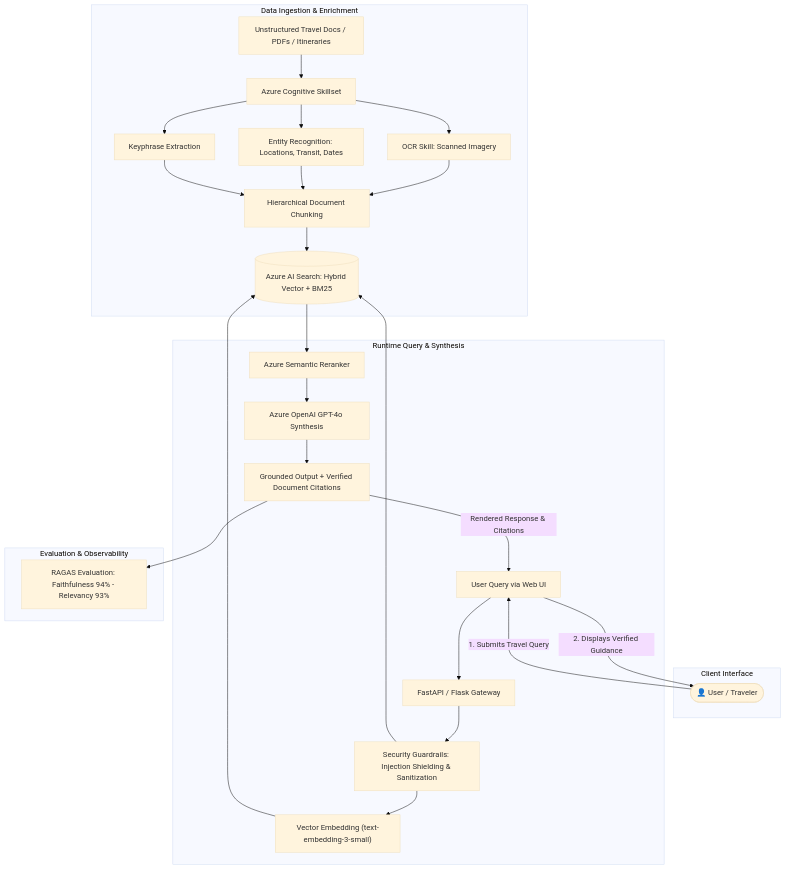
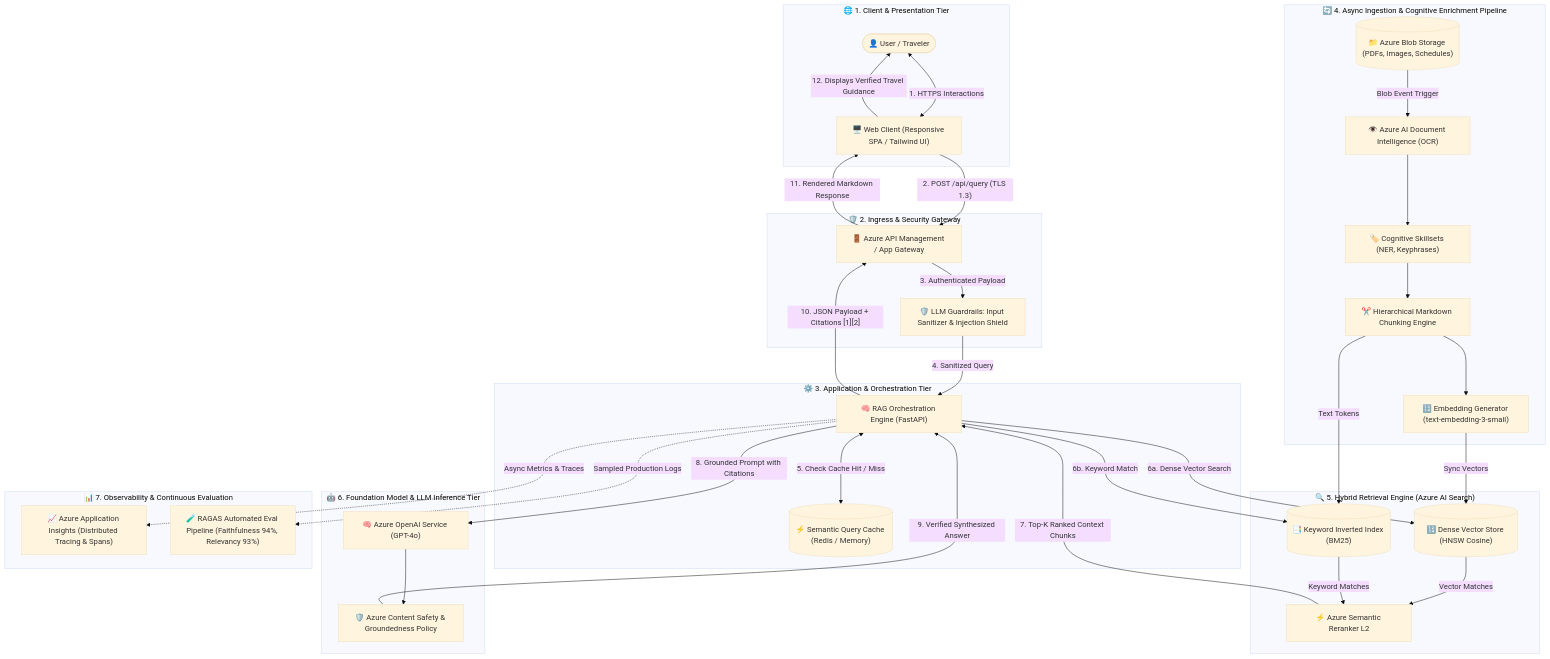
Before and after one commit to valluri-anand/enterprise-travel-rag-assistant: the diagram in README.md, drawn with Mermaid (base theme).

Commit message:
docs(architecture): elevate diagram to enterprise Senior System Design standards with 7 tiers, async ingestion, and numbered data flow

````diff
--- a/README.md
+++ b/README.md
@@ -24,36 +24,77 @@
 ```mermaid
-graph TD
-    subgraph Ingestion["Data Ingestion & Enrichment"]
-        A["Unstructured Travel Docs / PDFs / Itineraries"] --> B["Azure Cognitive Skillset"]
-        B --> B1["OCR Skill: Scanned Imagery"]
-        B --> B2["Entity Recognition: Locations, Transit, Dates"]
-        B --> B3["Keyphrase Extraction"]
-        B1 --> C["Hierarchical Document Chunking"]
-        B2 --> C
-        B3 --> C
-        C --> D[("Azure AI Search: Hybrid Vector + BM25")]
+flowchart TD
+    %% 1. Client Tier
+    subgraph Tier_Client["🌐 1. Client & Presentation Tier"]
+        User(["👤 User / Traveler"])
+        UI["🖥️ Web Client (Responsive SPA / Tailwind UI)"]
+        User <-->|"1. HTTPS Interactions"| UI
     end
 
-    subgraph Client["Client Interface"]
-        User(["👤 User / Traveler"])
+    %% 2. Ingress & Security Tier
+    subgraph Tier_Ingress["🛡️ 2. Ingress & Security Gateway"]
+        APIGateway["🚪 Azure API Management / App Gateway"]
+        Guardrails["🛡️ LLM Guardrails: Input Sanitizer & Injection Shield"]
+        UI -->|"2. POST /api/query (TLS 1.3)"| APIGateway
+        APIGateway -->|"3. Authenticated Payload"| Guardrails
     end
 
-    subgraph Runtime["Runtime Query & Synthesis"]
-        E["User Query via Web UI"] --> F["FastAPI / Flask Gateway"]
-        F --> G["Security Guardrails: Injection Shielding & Sanitization"]
-        G --> H["Vector Embedding (text-embedding-3-small)"]
-        H --> D
-        G --> D
-        D --> I["Azure Semantic Reranker"]
-        I --> J["Azure OpenAI GPT-4o Synthesis"]
-        J --> K["Grounded Output + Verified Document Citations"]
-        K -->|"Rendered Response & Citations"| E
+    %% 3. Application & Orchestration Tier
+    subgraph Tier_Orchestration["⚙️ 3. Application & Orchestration Tier"]
+        Orchestrator["🧠 RAG Orchestration Engine (FastAPI)"]
+        Cache[("⚡ Semantic Query Cache (Redis / Memory)")]
+        Guardrails -->|"4. Sanitized Query"| Orchestrator
+        Orchestrator <-->|"5. Check Cache Hit / Miss"| Cache
     end
 
-    User -->|"1. Submits Travel Query"| E
-    E -->|"2. Displays Verified Guidance"| User
+    %% 4. Async Ingestion & Cognitive Enrichment Pipeline
+    subgraph Tier_Ingestion["🔄 4. Async Ingestion & Cognitive Enrichment Pipeline"]
+        RawDocs[("📁 Azure Blob Storage (PDFs, Images, Schedules)")]
+        DocIntelligence["👁️ Azure AI Document Intelligence (OCR)"]
+        Skillset["🏷️ Cognitive Skillsets (NER, Keyphrases)"]
+        Chunker["✂️ Hierarchical Markdown Chunking Engine"]
+        Embedder["🔢 Embedding Generator (text-embedding-3-small)"]
 
-    subgraph Evaluation["Evaluation & Observability"]
-        K --> L["RAGAS Evaluation: Faithfulness 94% - Relevancy 93%"]
+        RawDocs -->|"Blob Event Trigger"| DocIntelligence
+        DocIntelligence --> Skillset
+        Skillset --> Chunker
+        Chunker --> Embedder
     end
+
+    %% 5. Hybrid Search & Knowledge Retrieval Tier
+    subgraph Tier_Search["🔍 5. Hybrid Retrieval Engine (Azure AI Search)"]
+        HNSW[("🔢 Dense Vector Store (HNSW Cosine)")]
+        BM25[("📑 Keyword Inverted Index (BM25)")]
+        Reranker["⚡ Azure Semantic Reranker L2"]
+
+        Embedder -->|"Sync Vectors"| HNSW
+        Chunker -->|"Text Tokens"| BM25
+        Orchestrator -->|"6a. Dense Vector Search"| HNSW
+        Orchestrator -->|"6b. Keyword Match"| BM25
+        HNSW -->|"Vector Matches"| Reranker
+        BM25 -->|"Keyword Matches"| Reranker
+    end
+
+    %% 6. Foundation Model & LLM Inference Tier
+    subgraph Tier_LLM["🤖 6. Foundation Model & LLM Inference Tier"]
+        AOAI["🧠 Azure OpenAI Service (GPT-4o)"]
+        Safety["🛡️ Azure Content Safety & Groundedness Policy"]
+        
+        Reranker -->|"7. Top-K Ranked Context Chunks"| Orchestrator
+        Orchestrator -->|"8. Grounded Prompt with Citations"| AOAI
+        AOAI --> Safety
+        Safety -->|"9. Verified Synthesized Answer"| Orchestrator
+    end
+
+    %% 7. Telemetry & Continuous Evaluation Tier
+    subgraph Tier_Telemetry["📊 7. Observability & Continuous Evaluation"]
+        AppInsights["📈 Azure Application Insights (Distributed Tracing & Spans)"]
+        RAGASEval["🧪 RAGAS Automated Eval Pipeline (Faithfulness 94%, Relevancy 93%)"]
+        Orchestrator -.->|"Async Metrics & Traces"| AppInsights
+        Orchestrator -.->|"Sampled Production Logs"| RAGASEval
+    end
+
+    %% Return Path to User
+    Orchestrator -->|"10. JSON Payload + Citations [1][2]"| APIGateway
+    APIGateway -->|"11. Rendered Markdown Response"| UI
+    UI -->|"12. Displays Verified Travel Guidance"| User
 ```
````
